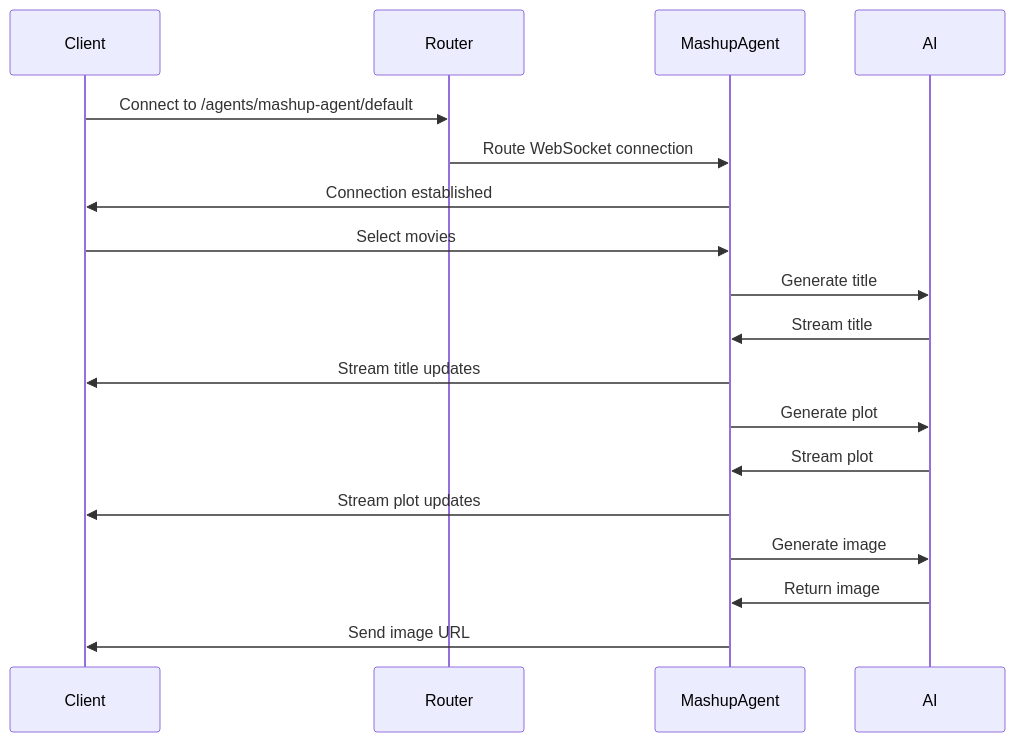
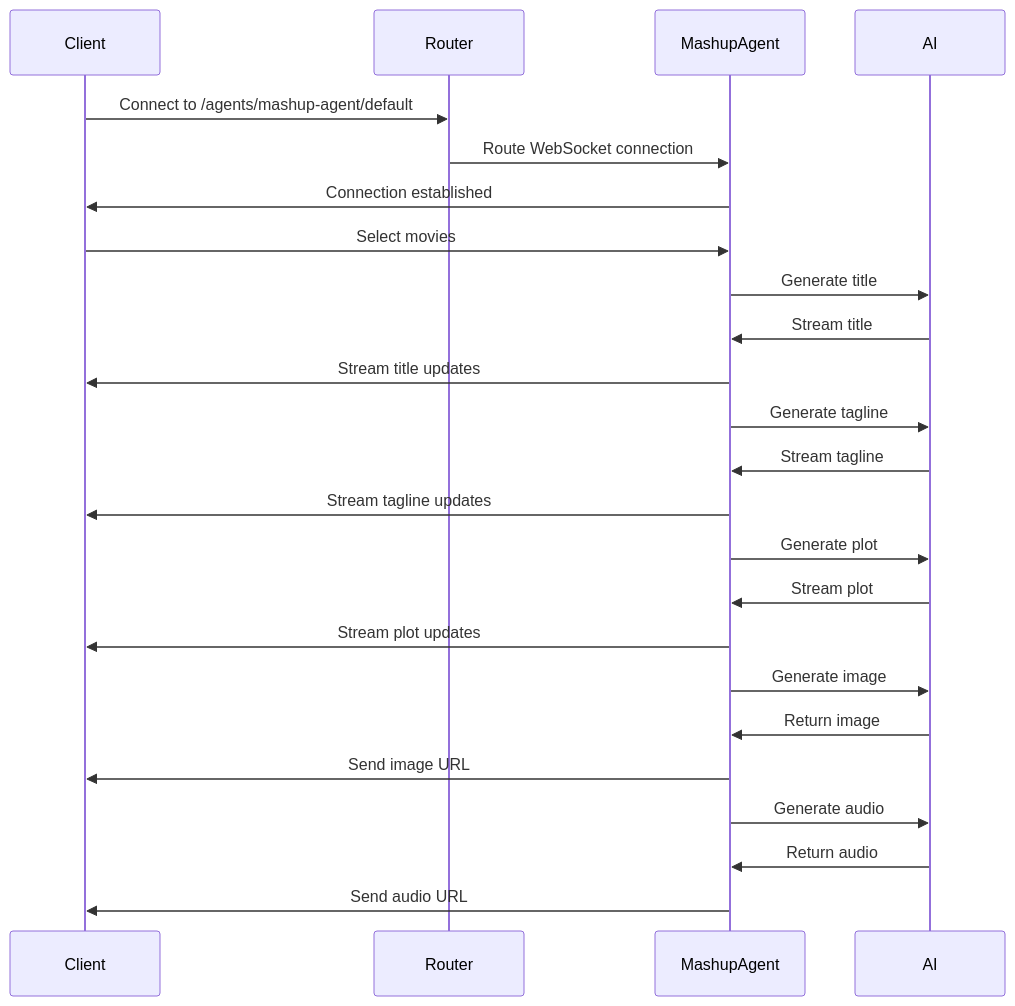
One commit to dthyresson/ai-movie-mashup changed the second of 4 diagrams in README.md. Above: the diagram before and after it, drawn with Mermaid. The commit also changed other lines of this file, not shown here.

````diff
--- a/README.md
+++ b/README.md
@@ -73,24 +78,32 @@
 ```mermaid
 sequenceDiagram
     participant Client
     participant Router
     participant MashupAgent
     participant AI
 
     Client->>Router: Connect to /agents/mashup-agent/default
     Router->>MashupAgent: Route WebSocket connection
     MashupAgent->>Client: Connection established
-    
+
     Client->>MashupAgent: Select movies
     MashupAgent->>AI: Generate title
     AI->>MashupAgent: Stream title
     MashupAgent->>Client: Stream title updates
-    
+
+    MashupAgent->>AI: Generate tagline
+    AI->>MashupAgent: Stream tagline
+    MashupAgent->>Client: Stream tagline updates
+
     MashupAgent->>AI: Generate plot
     AI->>MashupAgent: Stream plot
     MashupAgent->>Client: Stream plot updates
-    
+
     MashupAgent->>AI: Generate image
     AI->>MashupAgent: Return image
     MashupAgent->>Client: Send image URL
+
+    MashupAgent->>AI: Generate audio
+    AI->>MashupAgent: Return audio
+    MashupAgent->>Client: Send audio URL
 ```
````
